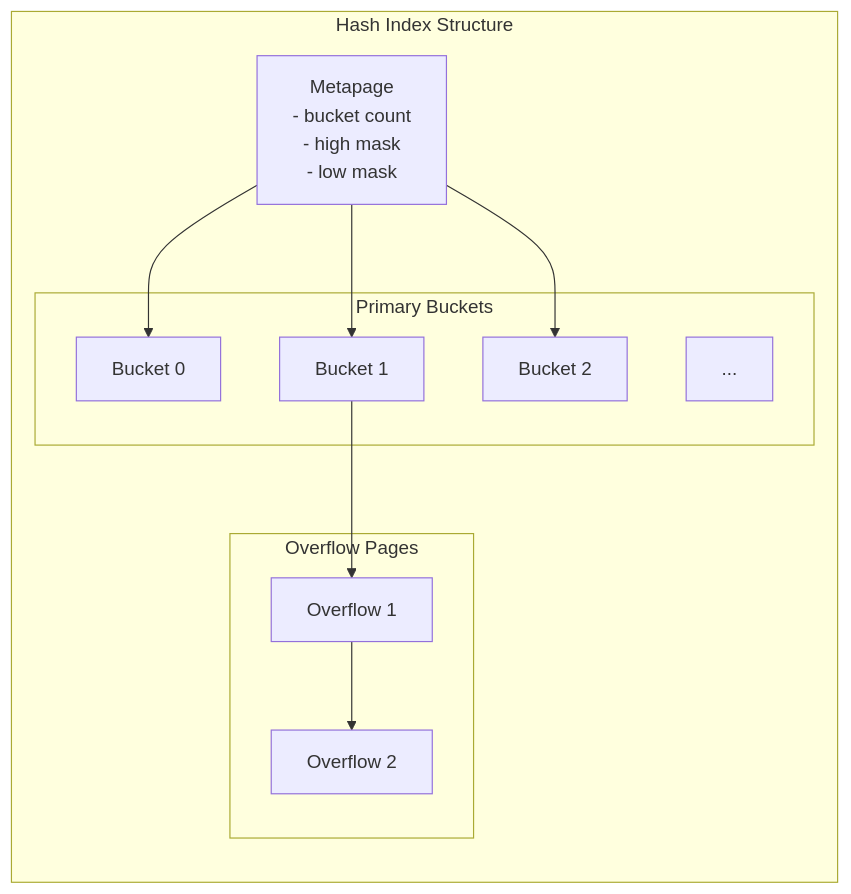
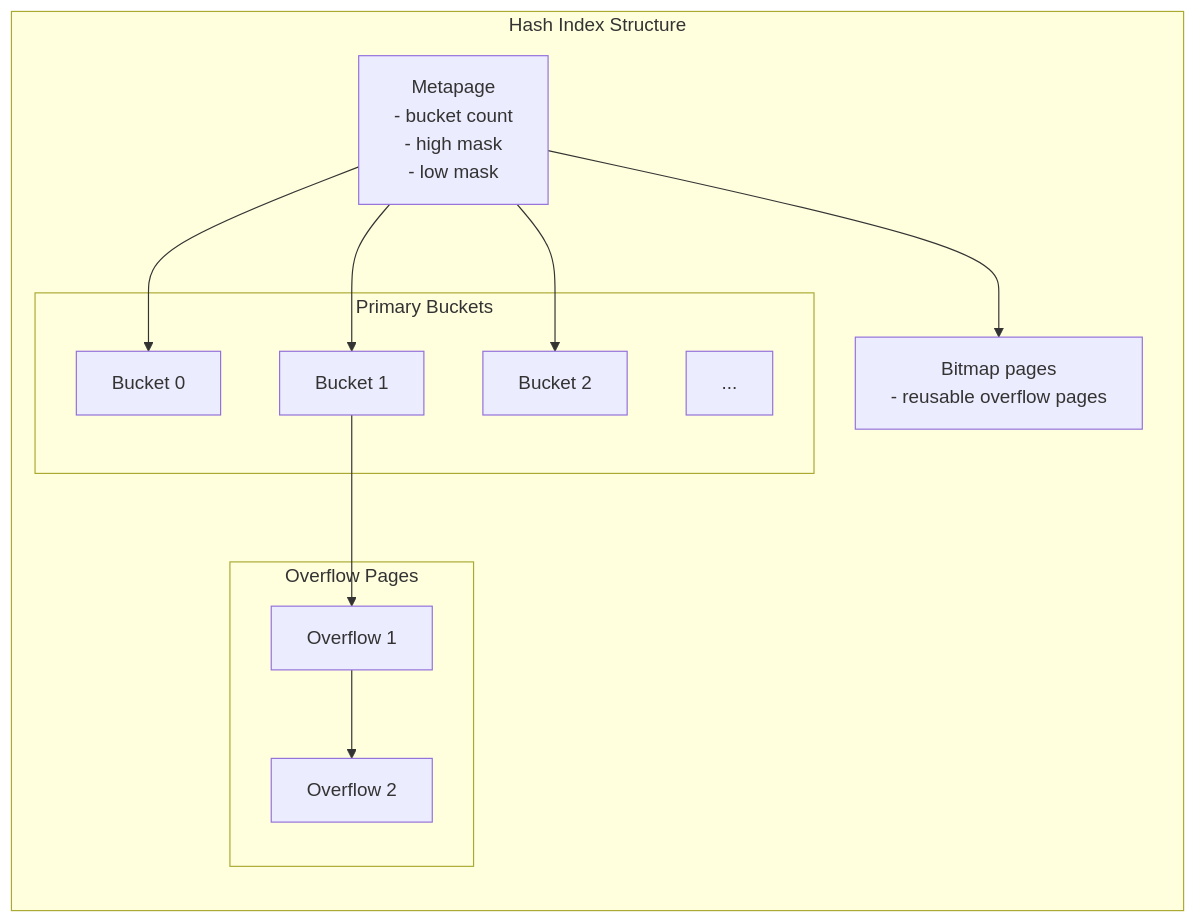
Before and after one commit to OneUptime/blog: the second of 2 diagrams in posts/2026-01-30-hash-index-design/README.md, drawn with Mermaid. The commit also changed other lines of this file and 876 other files, not shown here.

````diff
--- a/posts/2026-01-30-hash-index-design/README.md
+++ b/posts/2026-01-30-hash-index-design/README.md
@@ -43,27 +43,31 @@
 ```mermaid
 flowchart LR
     subgraph "Hash Index Structure"
         META["Metapage
         - bucket count
         - high mask
         - low mask"]
 
         subgraph "Primary Buckets"
             PB0["Bucket 0"]
             PB1["Bucket 1"]
             PB2["Bucket 2"]
             PBN["..."]
         end
 
         subgraph "Overflow Pages"
             OF1["Overflow 1"]
             OF2["Overflow 2"]
         end
 
+        BITMAP["Bitmap pages
+        - reusable overflow pages"]
+
         META --> PB0
         META --> PB1
         META --> PB2
+        META --> BITMAP
         PB1 --> OF1
         OF1 --> OF2
     end
 ```
````
